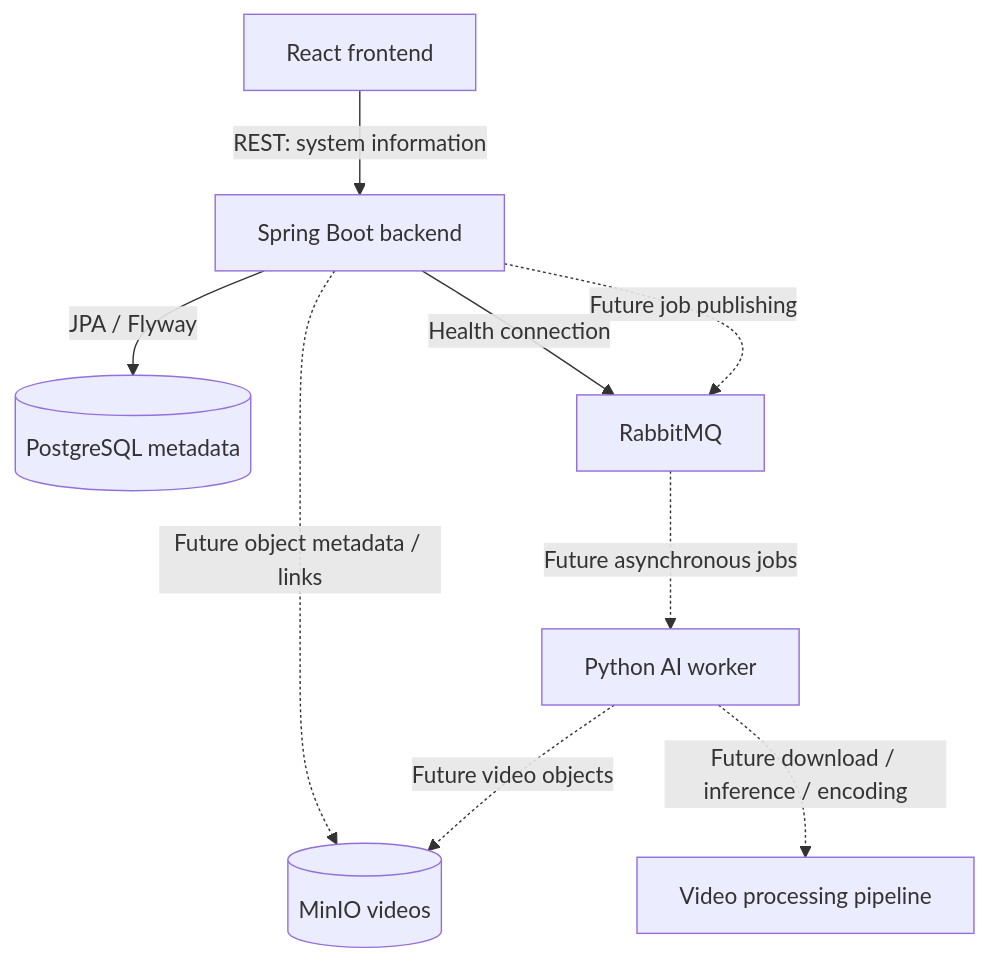
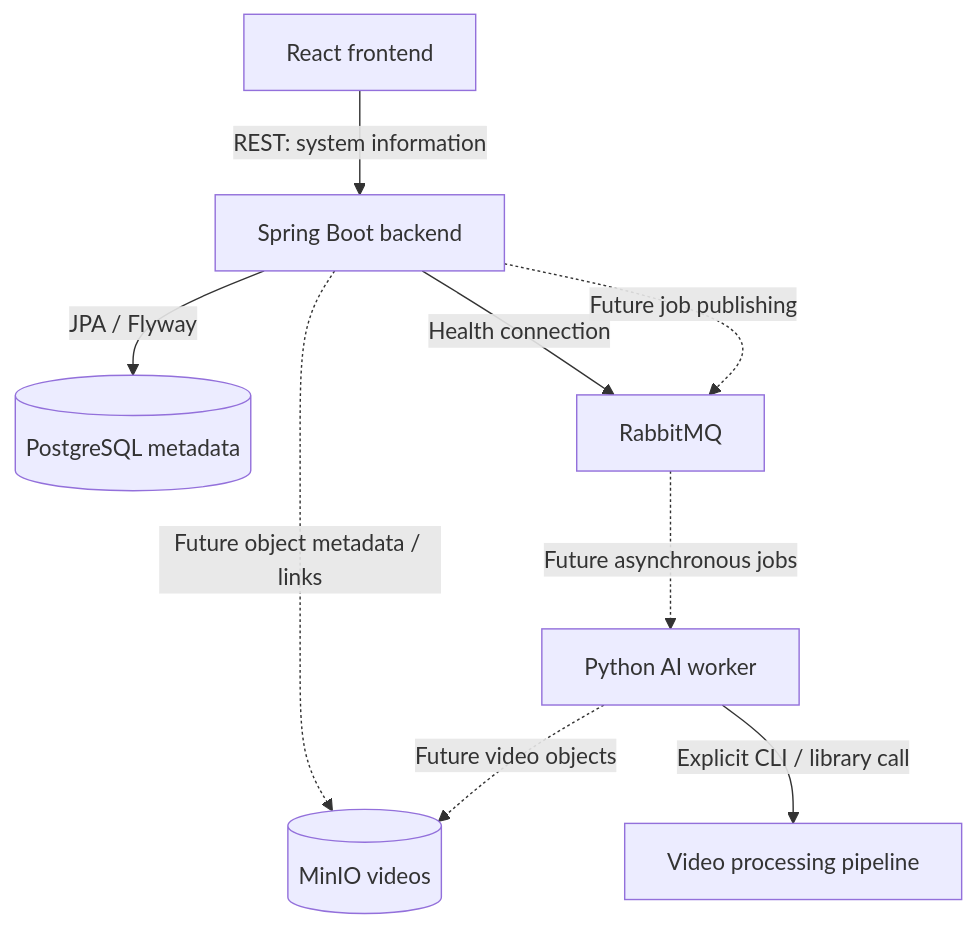
Before and after one commit to huangdat/YOLO-Vision-Studio---AI-Video-Object-Detection-Platform: the diagram in docs/architecture.md, drawn with Mermaid. The commit also changed other lines of this file and 38 other files, not shown here.

````diff
--- a/docs/architecture.md
+++ b/docs/architecture.md
@@ -7,11 +7,11 @@
 ```mermaid
 flowchart TD
     frontend[React frontend] -->|REST: system information| backend[Spring Boot backend]
     backend -->|JPA / Flyway| postgres[(PostgreSQL metadata)]
     backend -->|Health connection| rabbit[RabbitMQ]
     backend -.->|Future job publishing| rabbit
     rabbit -.->|Future asynchronous jobs| worker[Python AI worker]
     backend -.->|Future object metadata / links| minio[(MinIO videos)]
     worker -.->|Future video objects| minio
-    worker -.->|Future download / inference / encoding| pipeline[Video processing pipeline]
+    worker -->|Explicit CLI / library call| pipeline[Video processing pipeline]
 ```
````
